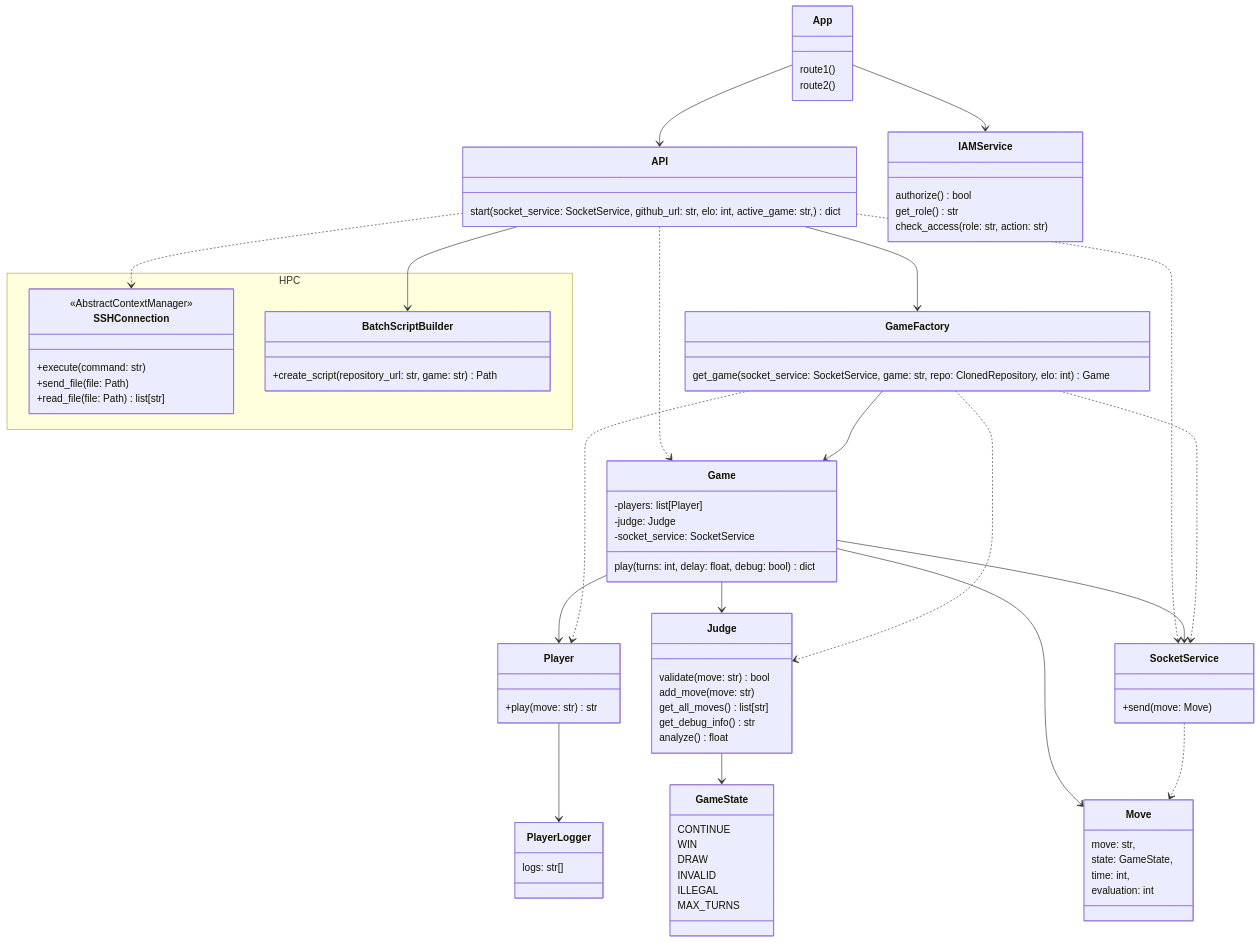
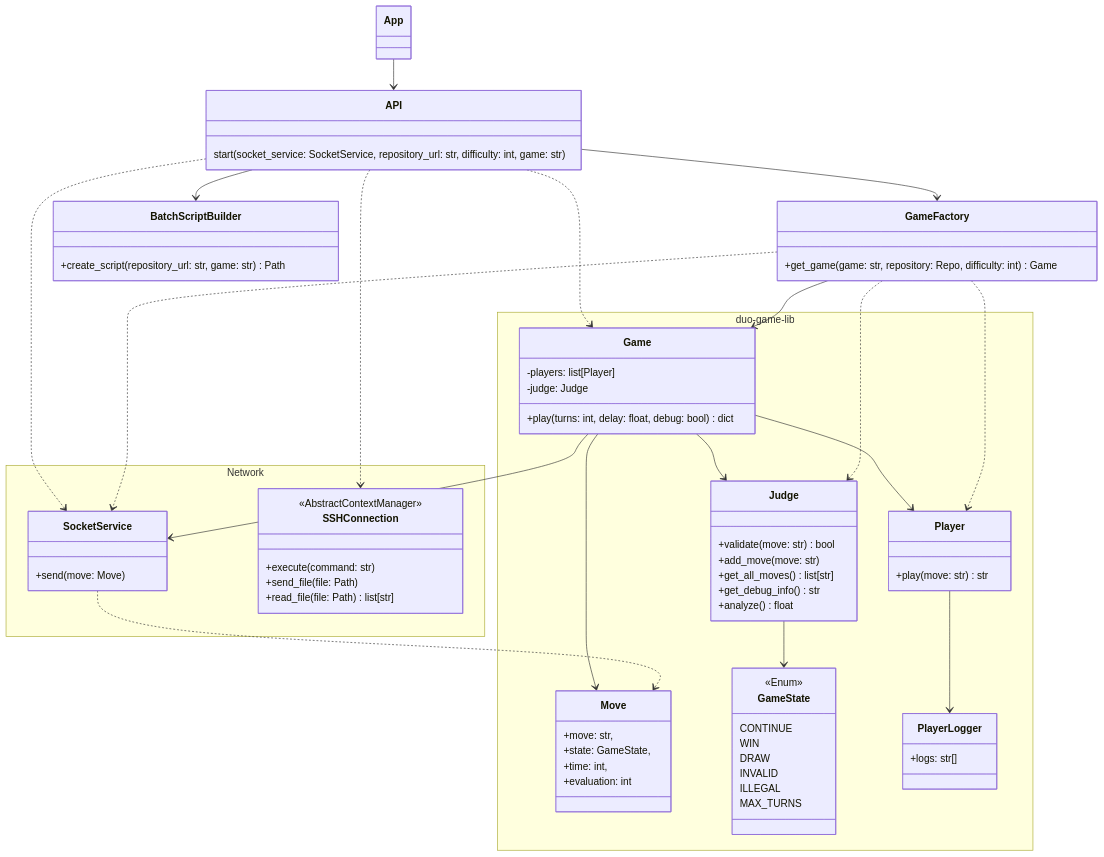
One commit to game-ai-platform-team/tira-ai-platform changed the third of 5 diagrams in docs/architecture.md. Above: the diagram before and after it, drawn with Mermaid.

Commit message:
docs(#111): Update architecture document

````diff
--- a/docs/architecture.md
+++ b/docs/architecture.md
@@ -106,12 +106,13 @@
 classDiagram
 
 App --> API
-App --> IAMService
+
 API ..> Game
 API --> GameFactory
 API ..> SocketService
 API ..> SSHConnection
 API --> BatchScriptBuilder
+
 Game --> Player
 Game --> Judge
 Game --> Move
@@ -125,23 +126,19 @@
 
 SocketService ..> Move
 
-class GameFactory {
-    get_game(socket_service: SocketService, game: str, repo: ClonedRepository, elo: int) Game
+class API {
+    start(socket_service: SocketService, repository_url: str, difficulty: int, game: str)
 }
 
-class Game {
-    -players: list[Player]
-    -judge: Judge
-    -socket_service: SocketService
-
-    play(turns: int, delay: float, debug: bool) dict
+class GameFactory {
+    +get_game(game: str, repository: Repo, difficulty: int) Game
 }
 
-class SocketService {
-    +send(move: Move)
+class BatchScriptBuilder {
+    +create_script(repository_url: str, game: str) Path
 }
 
-namespace HPC {
+namespace Network {
     class SSHConnection {
         <<AbstractContextManager>>
     +execute(command: str)
@@ -149,56 +146,51 @@
     +read_file(file: Path) list[str]
     }
 
-    class BatchScriptBuilder {
-        +create_script(repository_url: str, game: str) Path
+    class SocketService {
+        +send(move: Move)
     }
 }
 
+namespace duo-game-lib {
+    class Game {
+        -players: list[Player]
+        -judge: Judge
 
-class Judge {
-    validate(move: str) bool
-    add_move(move: str)
-    get_all_moves() list[str]
-    get_debug_info() str
-    analyze() float
-}
+        +play(turns: int, delay: float, debug: bool) dict
+    }
 
-class Player {
-    +play(move: str) str
-}
+    class Judge {
+        +validate(move: str) bool
+        +add_move(move: str)
+        +get_all_moves() list[str]
+        +get_debug_info() str
+        +analyze() float
+    }
 
-class GameState {
-    CONTINUE
-    WIN
-    DRAW
-    INVALID
-    ILLEGAL
-    MAX_TURNS
-}
+    class Player {
+        +play(move: str) str
+    }
 
-class PlayerLogger {
-    logs: str[]
-}
+    class GameState {
+        <<Enum>>
 
-class Move {
-    move: str,
-    state: GameState,
-    time: int,
-    evaluation: int
-}
+        CONTINUE
+        WIN
+        DRAW
+        INVALID
+        ILLEGAL
+        MAX_TURNS
+    }
 
-class API {
-    start(socket_service: SocketService, github_url: str, elo: int, active_game: str,) dict
-}
+    class PlayerLogger {
+        +logs: str[]
+    }
 
-class App {
-    route1()
-    route2()
-}
-
-class IAMService {
-    authorize() bool
-    get_role() str
-    check_access(role: str, action: str)
+    class Move {
+        +move: str,
+        +state: GameState,
+        +time: int,
+        +evaluation: int
+    }
 }
 ```
````
